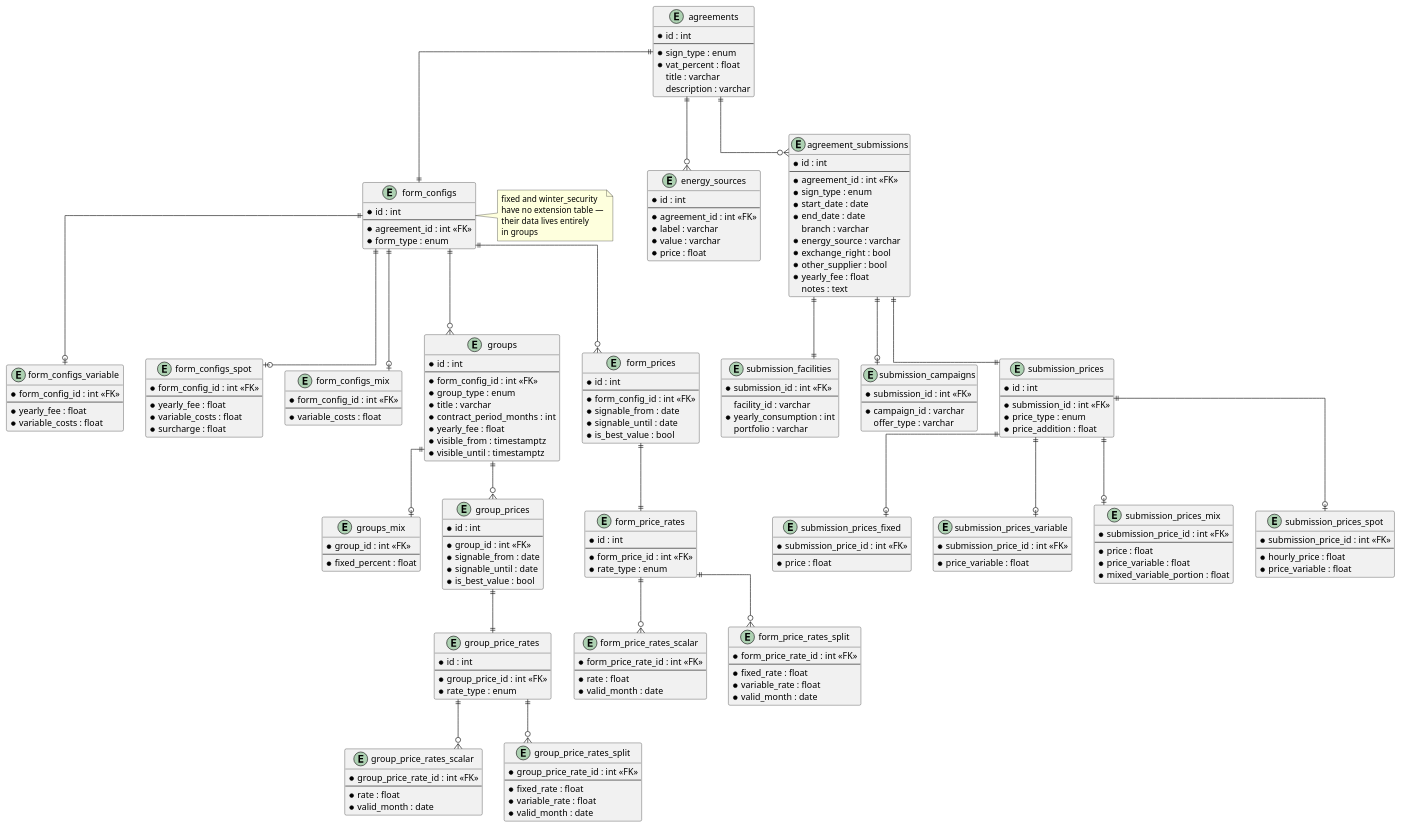
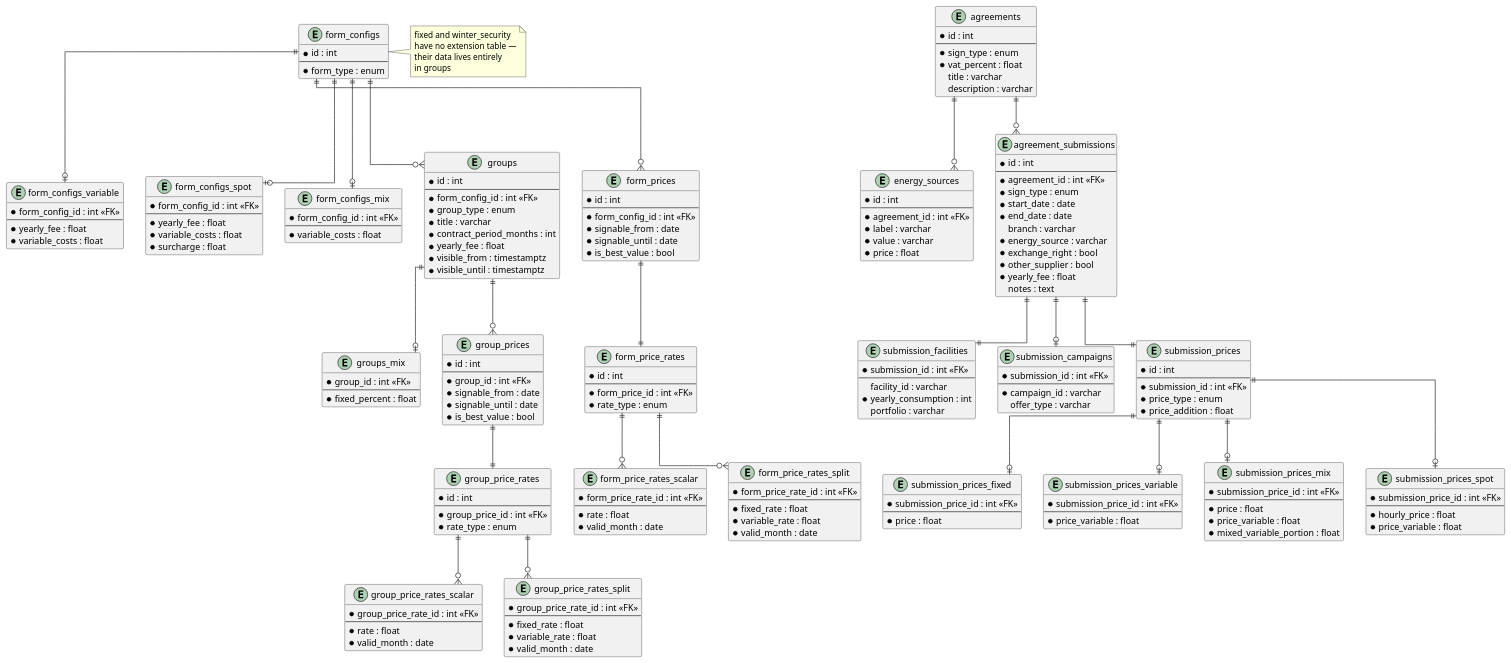
One commit to linusfri/glimr changed the diagram in architecture/database/diagram.puml. Above: the diagram before and after it, drawn with PlantUML. The commit also changed 7 other files, not shown here.

```diff
--- a/architecture/database/diagram.puml
+++ b/architecture/database/diagram.puml
@@ -34,7 +34,6 @@
 entity form_configs {
   * id : int
   --
-  * agreement_id : int <<FK>>
   * form_type : enum  /' fixed|variable|mix|spot|winter_security '/
 }
 
@@ -69,7 +68,6 @@
   in groups
 end note
 
-agreements ||--|| form_configs
 form_configs ||--o| form_configs_variable
 form_configs ||--o| form_configs_spot
 form_configs ||--o| form_configs_mix
```
